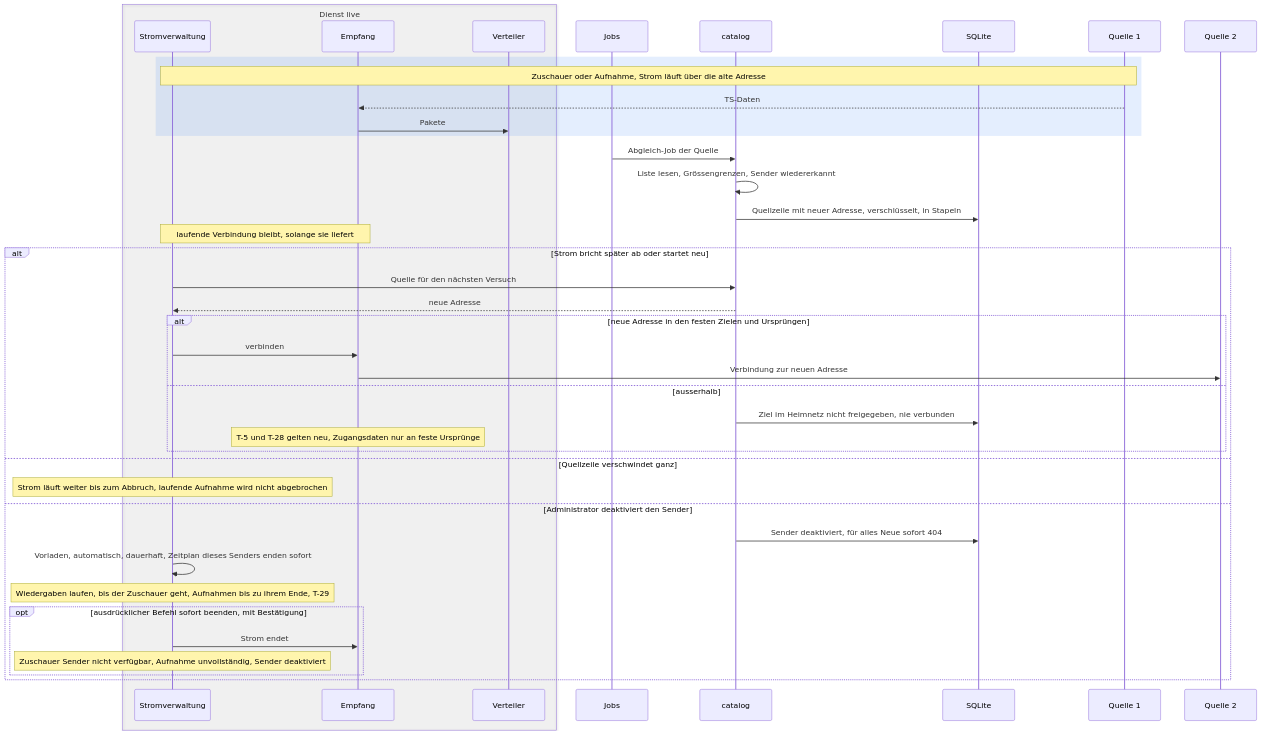
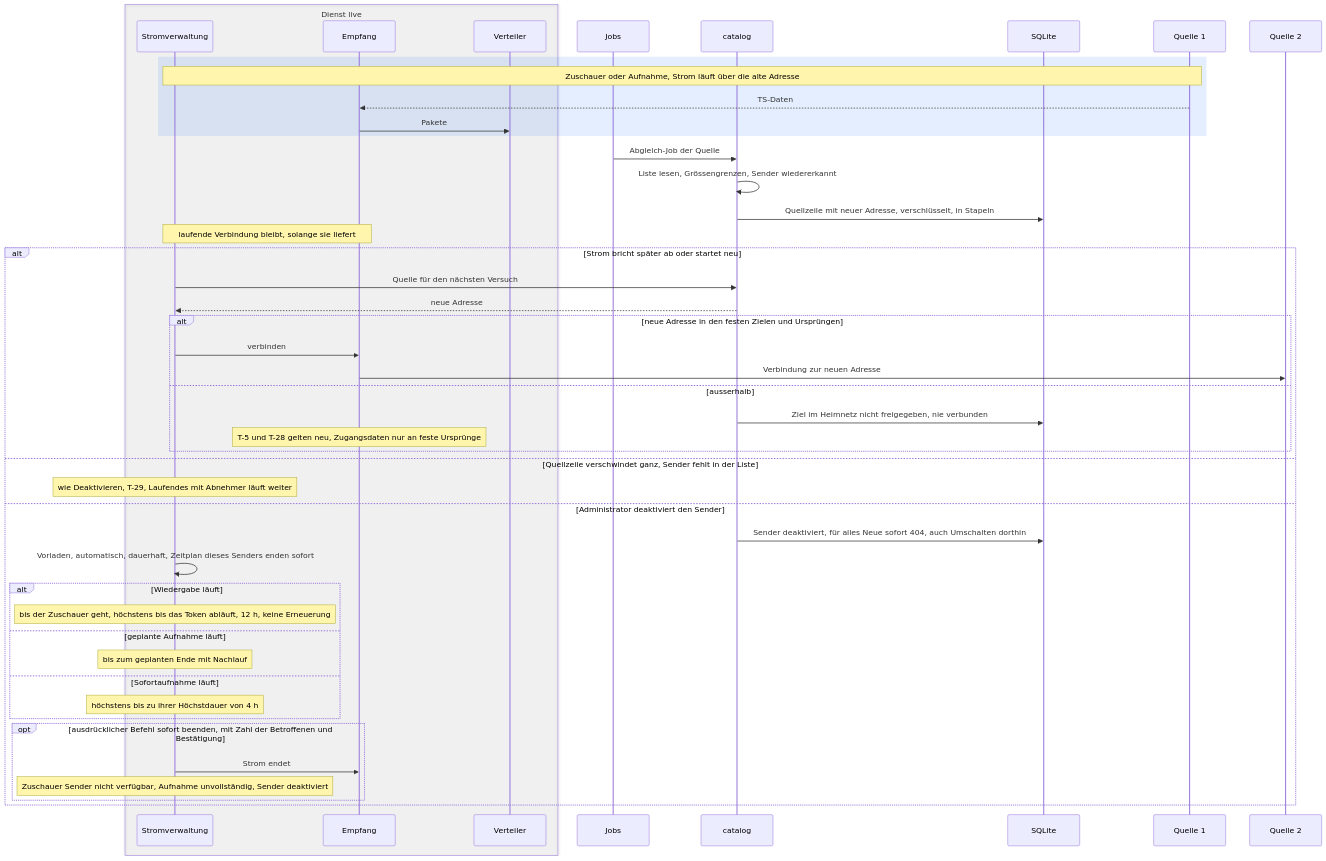
Diagram 17 of 23 in docs/planning/28-live-tv/06-ablaeufe.md (SlouchCat/slouchcat), drawn with Mermaid before and after one commit. The commit also changed other lines of this file, not shown here.

Commit message:
docs(planning): concept 28 live TV, flows version 3 for architecture version 4

````diff
--- a/docs/planning/28-live-tv/06-ablaeufe.md
+++ b/docs/planning/28-live-tv/06-ablaeufe.md
@@ -1290,44 +1378,50 @@
 ```mermaid
 sequenceDiagram
   box rgba(128,128,128,0.08) Dienst live
     participant STR as Stromverwaltung
     participant EMP as Empfang
     participant VT as Verteiler
   end
   participant JOB as Jobs
   participant CAT as catalog
   participant DB as SQLite
   participant Q1 as Quelle 1
   participant Q2 as Quelle 2
 
   rect rgba(66,135,245,0.14)
     Note over STR,Q1: Zuschauer oder Aufnahme, Strom läuft über die alte Adresse
     Q1-->>EMP: TS-Daten
     EMP->>VT: Pakete
   end
   JOB->>CAT: Abgleich-Job der Quelle
   CAT->>CAT: Liste lesen, Grössengrenzen, Sender wiedererkannt
   CAT->>DB: Quellzeile mit neuer Adresse, verschlüsselt, in Stapeln
   Note over STR,EMP: laufende Verbindung bleibt, solange sie liefert
   alt Strom bricht später ab oder startet neu
     STR->>CAT: Quelle für den nächsten Versuch
     CAT-->>STR: neue Adresse
     alt neue Adresse in den festen Zielen und Ursprüngen
       STR->>EMP: verbinden
       EMP->>Q2: Verbindung zur neuen Adresse
     else ausserhalb
       CAT->>DB: Ziel im Heimnetz nicht freigegeben, nie verbunden
       Note over EMP: T-5 und T-28 gelten neu, Zugangsdaten nur an feste Ursprünge
     end
-  else Quellzeile verschwindet ganz
-    Note over STR: Strom läuft weiter bis zum Abbruch, laufende Aufnahme wird nicht abgebrochen
+  else Quellzeile verschwindet ganz, Sender fehlt in der Liste
+    Note over STR: wie Deaktivieren, T-29, Laufendes mit Abnehmer läuft weiter
   else Administrator deaktiviert den Sender
-    CAT->>DB: Sender deaktiviert, für alles Neue sofort 404
+    CAT->>DB: Sender deaktiviert, für alles Neue sofort 404, auch Umschalten dorthin
     STR->>STR: Vorladen, automatisch, dauerhaft, Zeitplan dieses Senders enden sofort
-    Note over STR: Wiedergaben laufen, bis der Zuschauer geht, Aufnahmen bis zu ihrem Ende, T-29
-    opt ausdrücklicher Befehl sofort beenden, mit Bestätigung
+    alt Wiedergabe läuft
+      Note over STR: bis der Zuschauer geht, höchstens bis das Token abläuft, 12 h, keine Erneuerung
+    else geplante Aufnahme läuft
+      Note over STR: bis zum geplanten Ende mit Nachlauf
+    else Sofortaufnahme läuft
+      Note over STR: höchstens bis zu ihrer Höchstdauer von 4 h
+    end
+    opt ausdrücklicher Befehl sofort beenden, mit Zahl der Betroffenen und Bestätigung
       STR->>EMP: Strom endet
       Note over STR: Zuschauer Sender nicht verfügbar, Aufnahme unvollständig, Sender deaktiviert
     end
   end
 ```
````
